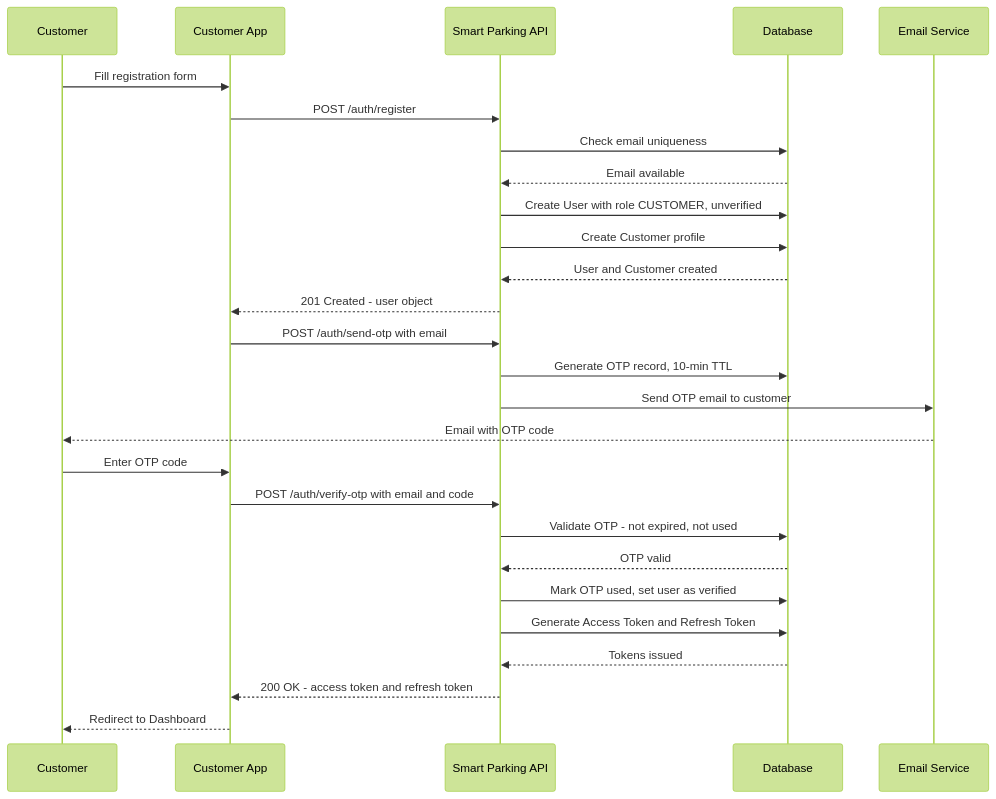
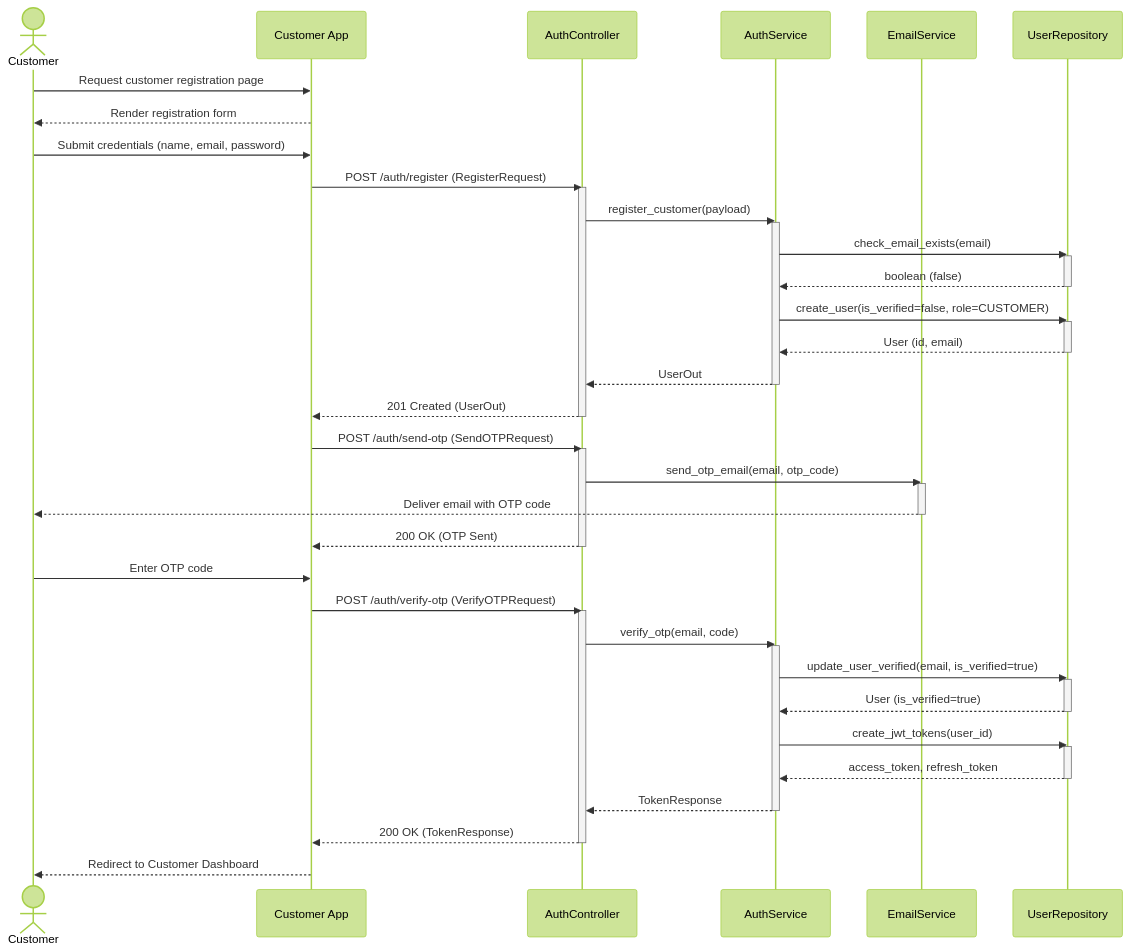
Before and after one commit to kxunsithu/smart-parking-lot-system: diagram 15 of 16 in docs/Smart_Parking_Lot_System_Documentation.md, drawn with Mermaid (forest theme). The commit also changed other lines of this file and 1 other file, not shown here.

````diff
--- a/docs/Smart_Parking_Lot_System_Documentation.md
+++ b/docs/Smart_Parking_Lot_System_Documentation.md
@@ -1089,30 +1400,57 @@
 ```mermaid
 sequenceDiagram
-    participant Customer
-    participant App as Customer App
-    participant API as Smart Parking API
-    participant DB as Database
-    participant Email as Email Service
+    actor Customer
+    participant UI as Customer App
+    participant API as AuthController
+    participant Auth as AuthService
+    participant Email as EmailService
+    participant DB as UserRepository
 
-    Customer->>App: Fill registration form
-    App->>API: POST /auth/register
-    API->>DB: Check email uniqueness
-    DB-->>API: Email available
-    API->>DB: Create User with role CUSTOMER, unverified
-    API->>DB: Create Customer profile
-    DB-->>API: User and Customer created
-    API-->>App: 201 Created - user object
-    App->>API: POST /auth/send-otp with email
-    API->>DB: Generate OTP record, 10-min TTL
-    API->>Email: Send OTP email to customer
-    Email-->>Customer: Email with OTP code
-    Customer->>App: Enter OTP code
-    App->>API: POST /auth/verify-otp with email and code
-    API->>DB: Validate OTP - not expired, not used
-    DB-->>API: OTP valid
-    API->>DB: Mark OTP used, set user as verified
-    API->>DB: Generate Access Token and Refresh Token
-    DB-->>API: Tokens issued
-    API-->>App: 200 OK - access token and refresh token
-    App-->>Customer: Redirect to Dashboard
+    Customer->>UI: Request customer registration page
+    UI-->>Customer: Render registration form
+    Customer->>UI: Submit credentials (name, email, password)
+    UI->>API: POST /auth/register (RegisterRequest)
+    activate API
+    API->>Auth: register_customer(payload)
+    activate Auth
+    Auth->>DB: check_email_exists(email)
+    activate DB
+    DB-->>Auth: boolean (false)
+    deactivate DB
+    Auth->>DB: create_user(is_verified=false, role=CUSTOMER)
+    activate DB
+    DB-->>Auth: User (id, email)
+    deactivate DB
+    Auth-->>API: UserOut
+    deactivate Auth
+    API-->>UI: 201 Created (UserOut)
+    deactivate API
+
+    UI->>API: POST /auth/send-otp (SendOTPRequest)
+    activate API
+    API->>Email: send_otp_email(email, otp_code)
+    activate Email
+    Email-->>Customer: Deliver email with OTP code
+    deactivate Email
+    API-->>UI: 200 OK (OTP Sent)
+    deactivate API
+
+    Customer->>UI: Enter OTP code
+    UI->>API: POST /auth/verify-otp (VerifyOTPRequest)
+    activate API
+    API->>Auth: verify_otp(email, code)
+    activate Auth
+    Auth->>DB: update_user_verified(email, is_verified=true)
+    activate DB
+    DB-->>Auth: User (is_verified=true)
+    deactivate DB
+    Auth->>DB: create_jwt_tokens(user_id)
+    activate DB
+    DB-->>Auth: access_token, refresh_token
+    deactivate DB
+    Auth-->>API: TokenResponse
+    deactivate Auth
+    API-->>UI: 200 OK (TokenResponse)
+    deactivate API
+    UI-->>Customer: Redirect to Customer Dashboard
 ```
````
